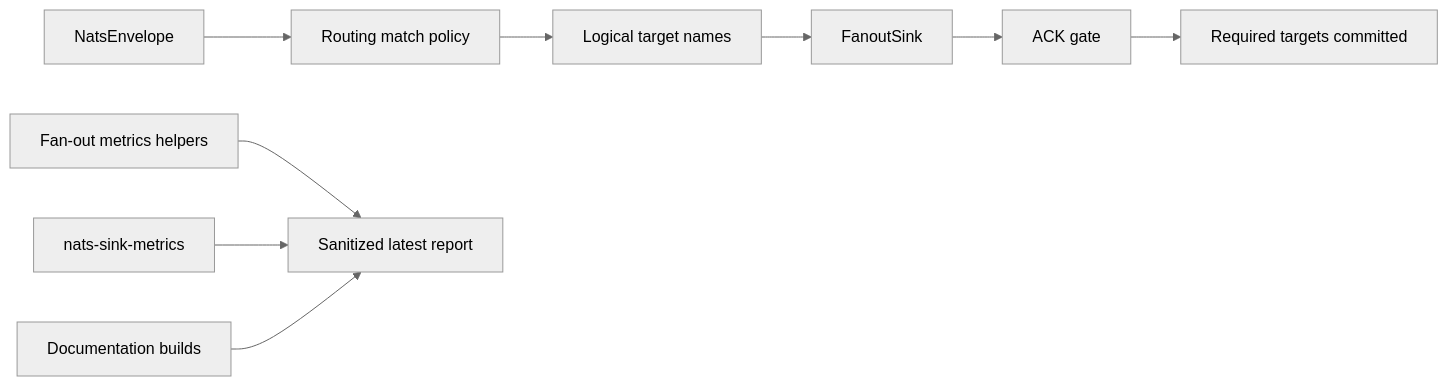
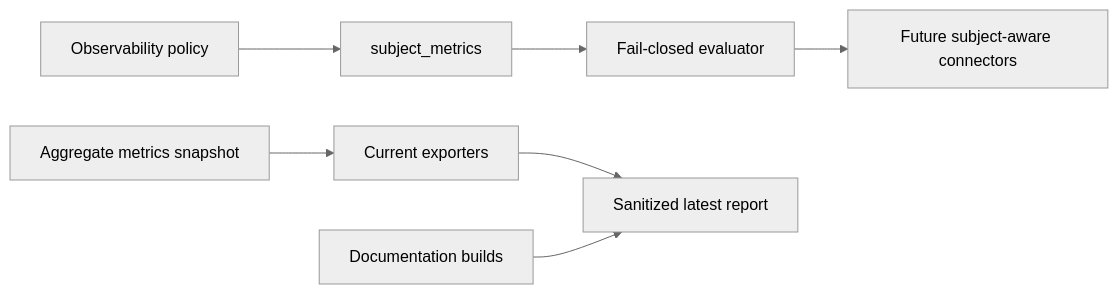
Before and after one commit to ProjectCuillin/nats-sinks: the diagram in docs/test-report.md, drawn with Mermaid (neutral theme). The commit also changed other lines of this file and 17 other files, not shown here.

Commit message:
Add subject-aware observability policy model

````diff
--- a/docs/test-report.md
+++ b/docs/test-report.md
@@ -33,11 +32,9 @@
 ```mermaid
 flowchart LR
-    Env[NatsEnvelope] --> Policy[Routing match policy]
-    Policy --> Targets[Logical target names]
-    Targets --> FanoutSink[FanoutSink]
-    FanoutSink --> AckGate[ACK gate]
-    AckGate --> Commit[Required targets committed]
-    Metrics[Fan-out metrics helpers] --> Report[Sanitized latest report]
-    CLI[nats-sink-metrics] --> Report
+    Config[Observability policy] --> SubjectMetrics[subject_metrics]
+    SubjectMetrics --> Decision[Fail-closed evaluator]
+    Snapshot[Aggregate metrics snapshot] --> Exporter[Current exporters]
+    Decision --> Future[Future subject-aware connectors]
+    Exporter --> Report[Sanitized latest report]
     Docs[Documentation builds] --> Report
 ```
````
